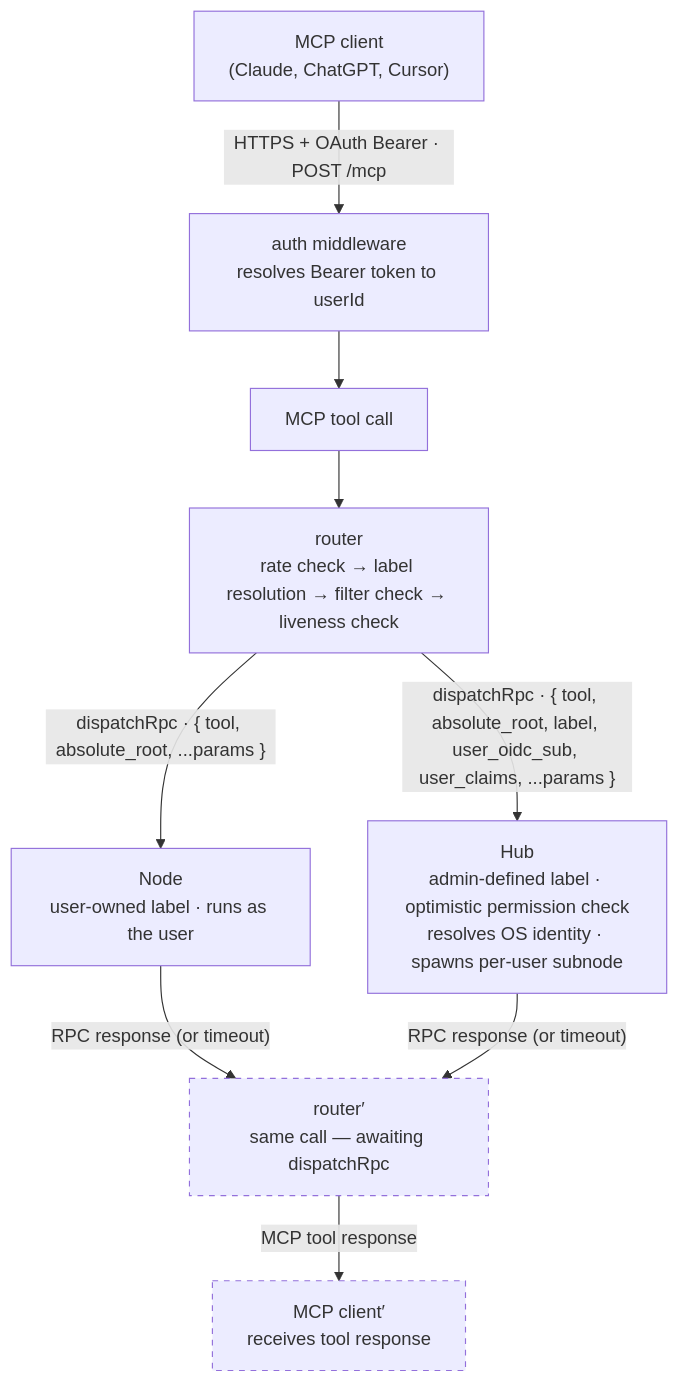
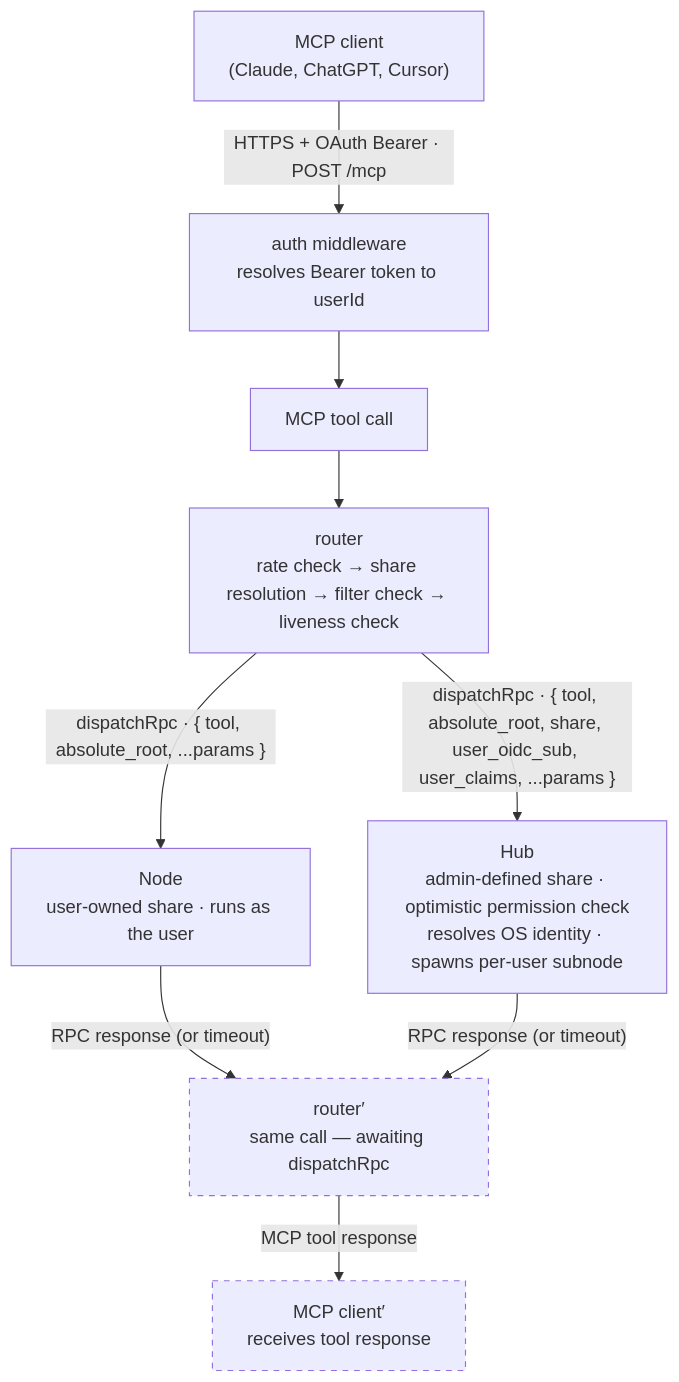
The first of 3 diagrams in docs/relay.md (Mahasamuha/constellation-mcp), drawn with Mermaid before and after one commit. The commit also changed other lines of this file and 70 other files, not shown here.

First line of the commit message:
chore: rename label to share across the codebase

````diff
--- a/docs/relay.md
+++ b/docs/relay.md
@@ -9,23 +9,23 @@
 ```mermaid
 flowchart TD
     Client["MCP client\n(Claude, ChatGPT, Cursor)"]
     Auth["auth middleware\nresolves Bearer token to userId"]
     Tool["MCP tool call"]
-    Router["router\nrate check → label resolution → filter check → liveness check"]
-    Node["Node\nuser-owned label · runs as the user"]
-    Hub["Hub\nadmin-defined label · optimistic permission check\nresolves OS identity · spawns per-user subnode"]
+    Router["router\nrate check → share resolution → filter check → liveness check"]
+    Node["Node\nuser-owned share · runs as the user"]
+    Hub["Hub\nadmin-defined share · optimistic permission check\nresolves OS identity · spawns per-user subnode"]
     RouterR["router′\nsame call — awaiting dispatchRpc"]
     ClientR["MCP client′\nreceives tool response"]
 
     Client -->|"HTTPS + OAuth Bearer · POST /mcp"| Auth
     Auth --> Tool
     Tool --> Router
     Router -->|"dispatchRpc · { tool, absolute_root, ...params }"| Node
-    Router -->|"dispatchRpc · { tool, absolute_root, label, user_oidc_sub, user_claims, ...params }"| Hub
+    Router -->|"dispatchRpc · { tool, absolute_root, share, user_oidc_sub, user_claims, ...params }"| Hub
     Node -->|"RPC response (or timeout)"| RouterR
     Hub -->|"RPC response (or timeout)"| RouterR
     RouterR -->|"MCP tool response"| ClientR
 
     classDef replicated stroke-dasharray: 5 5
     class RouterR,ClientR replicated
 ```
````
